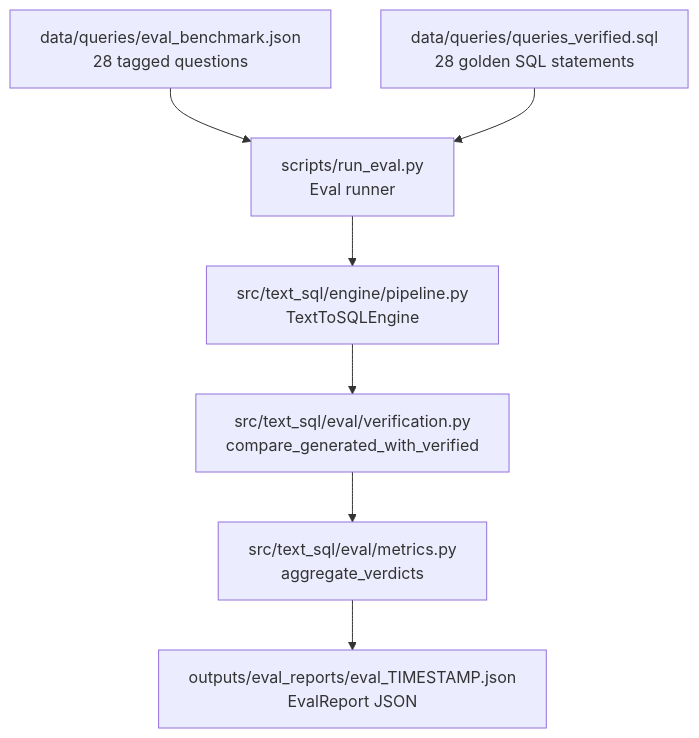
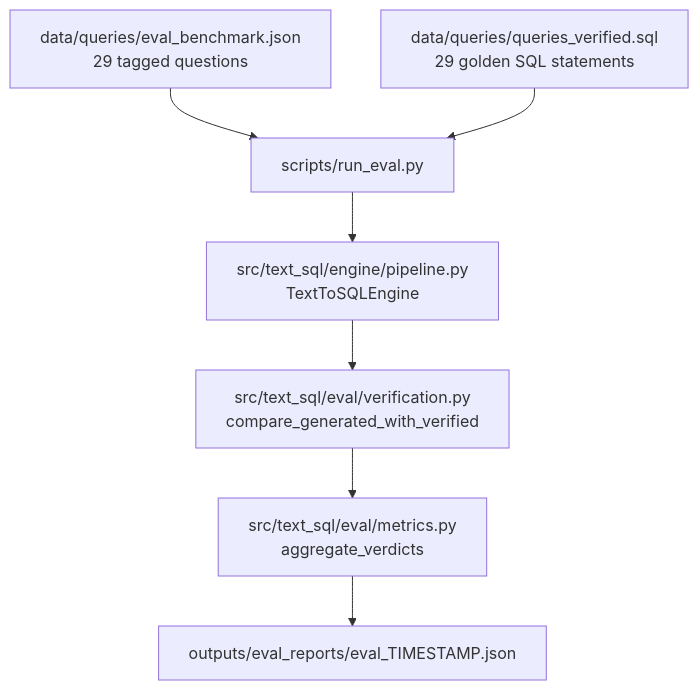
Before and after one commit to Hrsh-12/talk2data: the first of 2 diagrams in docs/Eval.md, drawn with Mermaid. The commit also changed other lines of this file and 22 other files, not shown here.

````diff
--- a/docs/Eval.md
+++ b/docs/Eval.md
@@ -13,17 +15,17 @@
 ```mermaid
 flowchart TD
-    benchmark[data/queries/eval_benchmark.json\n28 tagged questions]
-    verified[data/queries/queries_verified.sql\n28 golden SQL statements]
-    runner[scripts/run_eval.py\nEval runner]
-    pipeline[src/text_sql/engine/pipeline.py\nTextToSQLEngine]
+    benchmark[data/queries/eval_benchmark.json\n29 tagged questions]
+    verified[data/queries/queries_verified.sql\n29 golden SQL statements]
+    runner[scripts/run_eval.py]
+    engine[src/text_sql/engine/pipeline.py\nTextToSQLEngine]
     verifier[src/text_sql/eval/verification.py\ncompare_generated_with_verified]
     aggregator[src/text_sql/eval/metrics.py\naggregate_verdicts]
-    report[outputs/eval_reports/eval_TIMESTAMP.json\nEvalReport JSON]
+    report[outputs/eval_reports/eval_TIMESTAMP.json]
 
     benchmark --> runner
     verified --> runner
-    runner --> pipeline
-    pipeline --> verifier
+    runner --> engine
+    engine --> verifier
     verifier --> aggregator
     aggregator --> report
 ```
````
